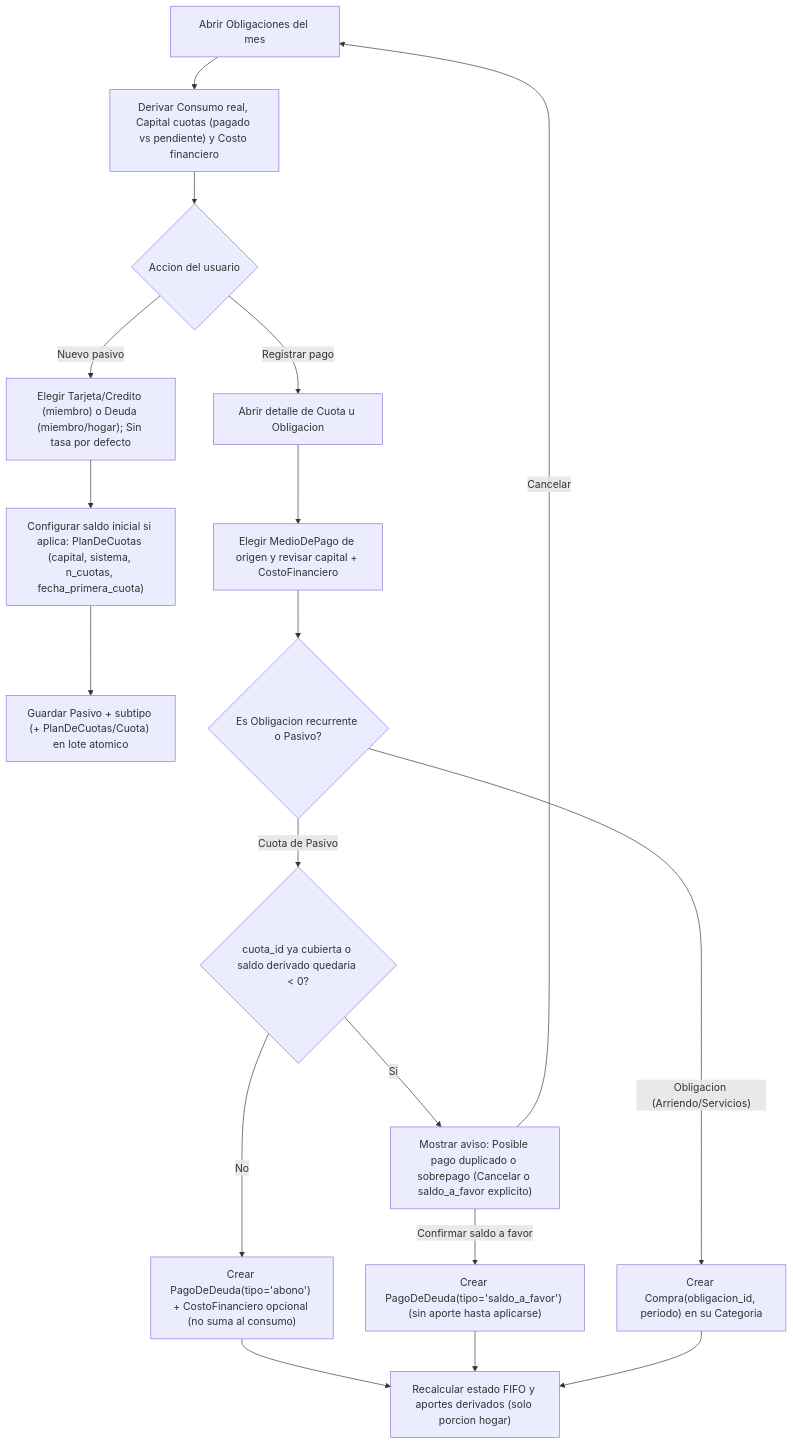
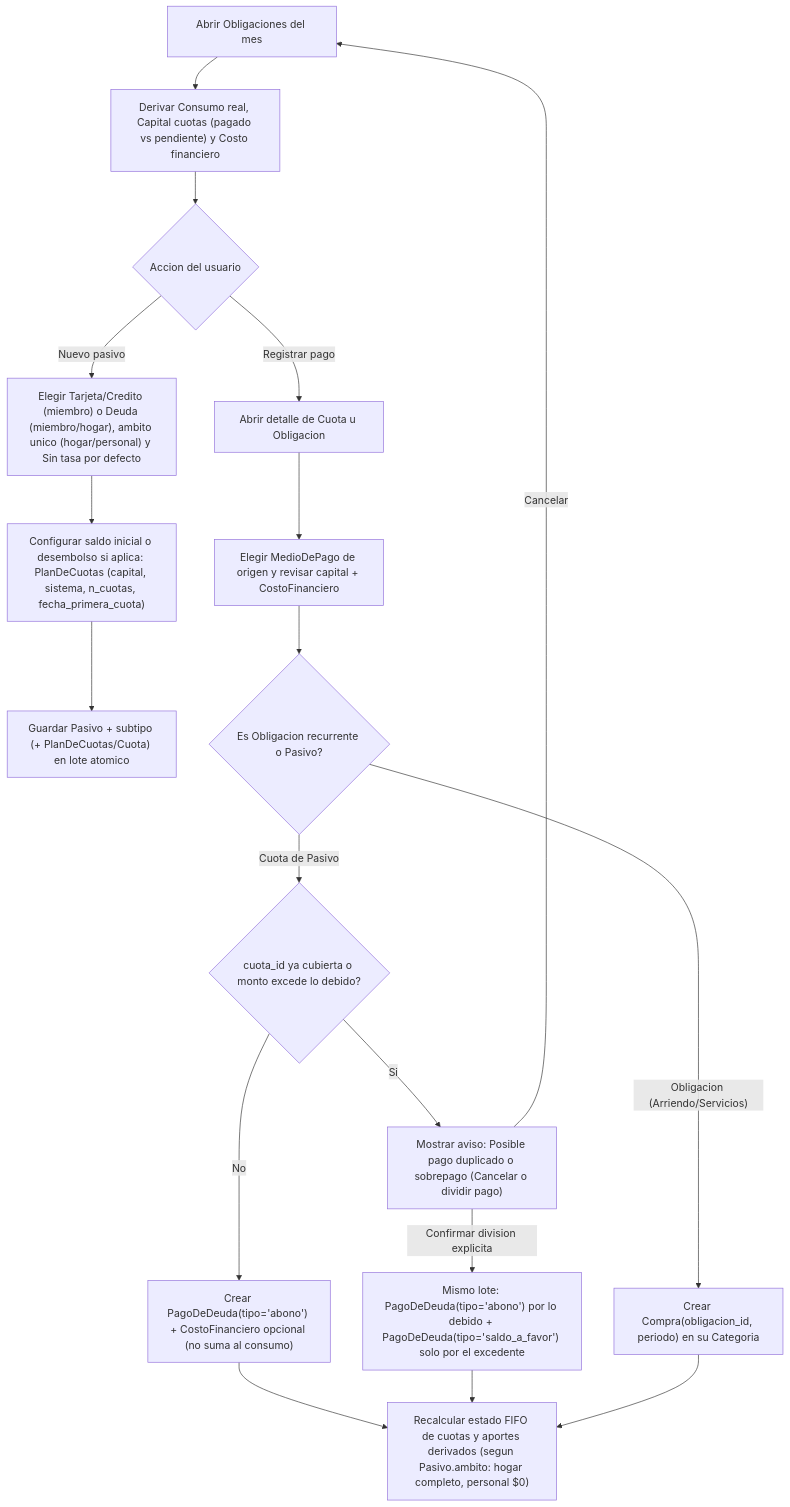
The diagram in docs/flows/obligaciones-del-mes.md (meperdev/hogar-app), drawn with Mermaid before and after one commit. The commit also changed other lines of this file and 3 other files, not shown here.

Commit message:
design: aportes por ámbito del pasivo y sobrepago

````diff
--- a/docs/flows/obligaciones-del-mes.md
+++ b/docs/flows/obligaciones-del-mes.md
@@ -87,20 +87,20 @@
 ```mermaid
 flowchart TD
     A["Abrir Obligaciones del mes"] --> B["Derivar Consumo real, Capital cuotas (pagado vs pendiente) y Costo financiero"]
     B --> C{"Accion del usuario"}
-    C -- "Nuevo pasivo" --> D["Elegir Tarjeta/Credito (miembro) o Deuda (miembro/hogar); Sin tasa por defecto"]
-    D --> E["Configurar saldo inicial si aplica: PlanDeCuotas (capital, sistema, n_cuotas, fecha_primera_cuota)"]
+    C -- "Nuevo pasivo" --> D["Elegir Tarjeta/Credito (miembro) o Deuda (miembro/hogar), ambito unico (hogar/personal) y Sin tasa por defecto"]
+    D --> E["Configurar saldo inicial o desembolso si aplica: PlanDeCuotas (capital, sistema, n_cuotas, fecha_primera_cuota)"]
     E --> F["Guardar Pasivo + subtipo (+ PlanDeCuotas/Cuota) en lote atomico"]
     C -- "Registrar pago" --> I["Abrir detalle de Cuota u Obligacion"]
     I --> J["Elegir MedioDePago de origen y revisar capital + CostoFinanciero"]
     J --> K{"Es Obligacion recurrente o Pasivo?"}
     K -- "Obligacion (Arriendo/Servicios)" --> P["Crear Compra(obligacion_id, periodo) en su Categoria"]
-    K -- "Cuota de Pasivo" --> L{"cuota_id ya cubierta o saldo derivado quedaria < 0?"}
-    L -- Si --> M["Mostrar aviso: Posible pago duplicado o sobrepago (Cancelar o saldo_a_favor explicito)"]
+    K -- "Cuota de Pasivo" --> L{"cuota_id ya cubierta o monto excede lo debido?"}
+    L -- Si --> M["Mostrar aviso: Posible pago duplicado o sobrepago (Cancelar o dividir pago)"]
     M -- Cancelar --> A
-    M -- "Confirmar saldo a favor" --> O2["Crear PagoDeDeuda(tipo='saldo_a_favor') (sin aporte hasta aplicarse)"]
+    M -- "Confirmar division explicita" --> O2["Mismo lote: PagoDeDeuda(tipo='abono') por lo debido + PagoDeDeuda(tipo='saldo_a_favor') solo por el excedente"]
     L -- No --> O["Crear PagoDeDeuda(tipo='abono') + CostoFinanciero opcional (no suma al consumo)"]
-    O --> R["Recalcular estado FIFO y aportes derivados (solo porcion hogar)"]
+    O --> R["Recalcular estado FIFO de cuotas y aportes derivados (segun Pasivo.ambito: hogar completo, personal $0)"]
     O2 --> R
     P --> R
 ```
````
